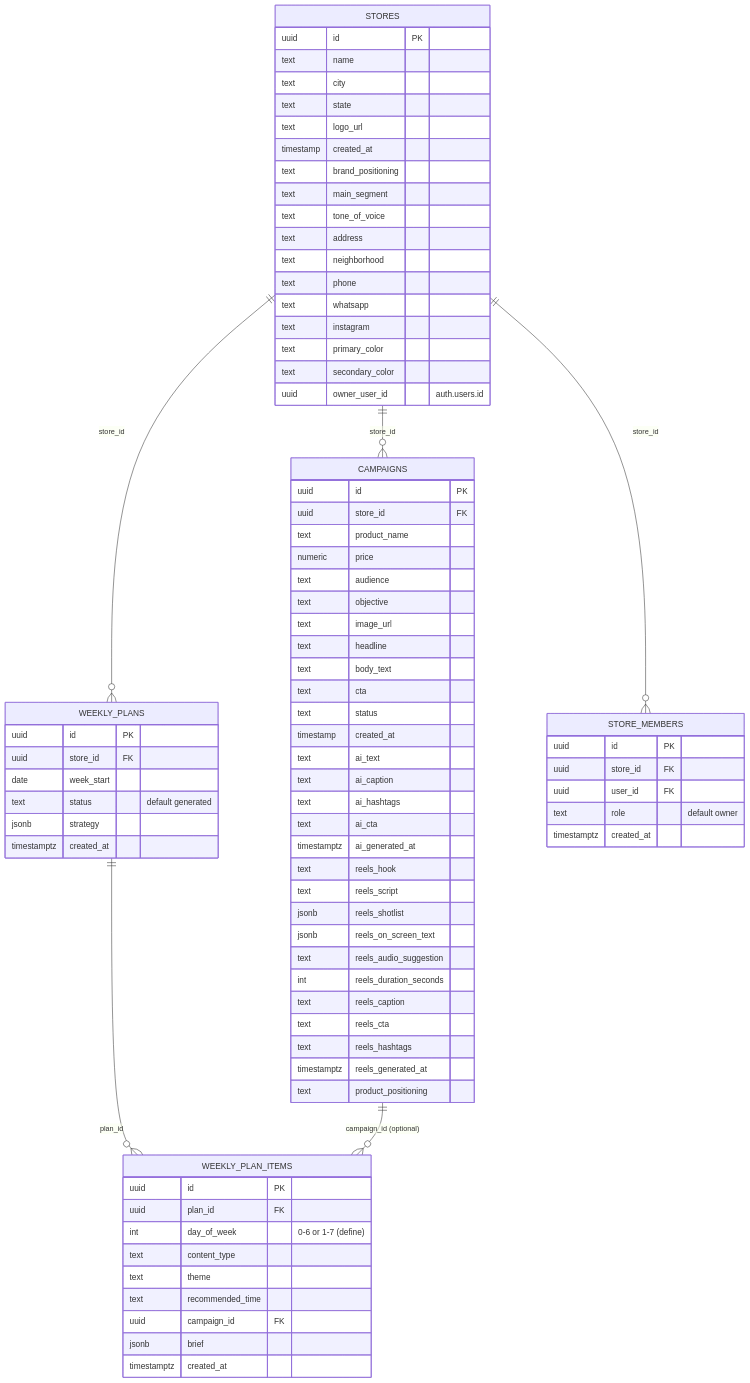
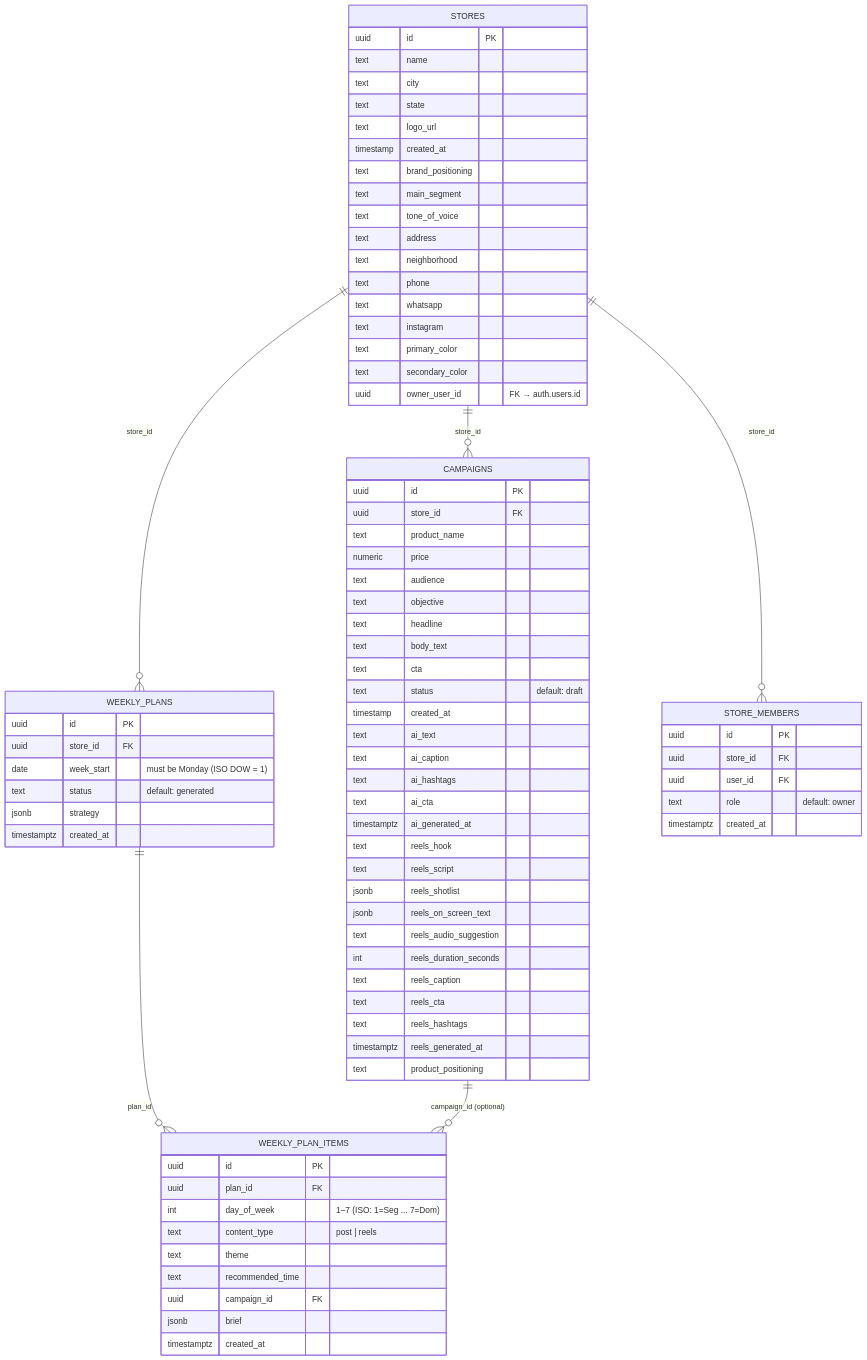
Before and after one commit to wagnercarisson/vendeo: the diagram in database/erd.mmd, drawn with Mermaid. The commit also changed 2 other files, not shown here.

Commit message:
Vendeo | Infra & Segurança | Atualização ERD (Enums e Constraints) | Estável

```diff
--- a/database/erd.mmd
+++ b/database/erd.mmd
@@ -1,86 +1,86 @@
 erDiagram
-  STORES {
-    uuid id PK
-    text name
-    text city
-    text state
-    text logo_url
-    timestamp created_at
-    text brand_positioning
-    text main_segment
-    text tone_of_voice
-    text address
-    text neighborhood
-    text phone
-    text whatsapp
-    text instagram
-    text primary_color
-    text secondary_color
-    uuid owner_user_id  "auth.users.id"
-  }
 
-  CAMPAIGNS {
-    uuid id PK
-    uuid store_id FK
-    text product_name
-    numeric price
-    text audience
-    text objective
-    text image_url
-    text headline
-    text body_text
-    text cta
-    text status
-    timestamp created_at
-    text ai_text
-    text ai_caption
-    text ai_hashtags
-    text ai_cta
-    timestamptz ai_generated_at
-    text reels_hook
-    text reels_script
-    jsonb reels_shotlist
-    jsonb reels_on_screen_text
-    text reels_audio_suggestion
-    int reels_duration_seconds
-    text reels_caption
-    text reels_cta
-    text reels_hashtags
-    timestamptz reels_generated_at
-    text product_positioning
-  }
+    STORES {
+        uuid id PK
+        text name
+        text city
+        text state
+        text logo_url
+        timestamp created_at
+        text brand_positioning
+        text main_segment
+        text tone_of_voice
+        text address
+        text neighborhood
+        text phone
+        text whatsapp
+        text instagram
+        text primary_color
+        text secondary_color
+        uuid owner_user_id  "FK → auth.users.id"
+    }
 
-  WEEKLY_PLANS {
-    uuid id PK
-    uuid store_id FK
-    date week_start
-    text status  "default generated"
-    jsonb strategy
-    timestamptz created_at
-  }
+    CAMPAIGNS {
+        uuid id PK
+        uuid store_id FK
+        text product_name
+        numeric price
+        text audience
+        text objective
+        text headline
+        text body_text
+        text cta
+        text status  "default: draft"
+        timestamp created_at
+        text ai_text
+        text ai_caption
+        text ai_hashtags
+        text ai_cta
+        timestamptz ai_generated_at
+        text reels_hook
+        text reels_script
+        jsonb reels_shotlist
+        jsonb reels_on_screen_text
+        text reels_audio_suggestion
+        int reels_duration_seconds
+        text reels_caption
+        text reels_cta
+        text reels_hashtags
+        timestamptz reels_generated_at
+        text product_positioning
+    }
 
-  WEEKLY_PLAN_ITEMS {
-    uuid id PK
-    uuid plan_id FK
-    int day_of_week  "0-6 or 1-7 (define)"
-    text content_type
-    text theme
-    text recommended_time
-    uuid campaign_id FK
-    jsonb brief
-    timestamptz created_at
-  }
+    WEEKLY_PLANS {
+        uuid id PK
+        uuid store_id FK
+        date week_start  "must be Monday (ISO DOW = 1)"
+        text status  "default: generated"
+        jsonb strategy
+        timestamptz created_at
+    }
 
-  STORE_MEMBERS {
-    uuid id PK
-    uuid store_id FK
-    uuid user_id FK
-    text role  "default owner"
-    timestamptz created_at
-  }
+    WEEKLY_PLAN_ITEMS {
+        uuid id PK
+        uuid plan_id FK
+        int day_of_week  "1–7 (ISO: 1=Seg ... 7=Dom)"
+        text content_type  "post | reels"
+        text theme
+        text recommended_time
+        uuid campaign_id FK
+        jsonb brief
+        timestamptz created_at
+    }
 
-  STORES ||--o{ CAMPAIGNS : "store_id"
-  STORES ||--o{ WEEKLY_PLANS : "store_id"
-  WEEKLY_PLANS ||--o{ WEEKLY_PLAN_ITEMS : "plan_id"
-  CAMPAIGNS ||--o{ WEEKLY_PLAN_ITEMS : "campaign_id (optional)"
-  STORES ||--o{ STORE_MEMBERS : "store_id"
+    STORE_MEMBERS {
+        uuid id PK
+        uuid store_id FK
+        uuid user_id FK
+        text role  "default: owner"
+        timestamptz created_at
+    }
+
+    STORES ||--o{ CAMPAIGNS : "store_id"
+    STORES ||--o{ WEEKLY_PLANS : "store_id"
+    WEEKLY_PLANS ||--o{ WEEKLY_PLAN_ITEMS : "plan_id"
+    CAMPAIGNS ||--o{ WEEKLY_PLAN_ITEMS : "campaign_id (optional)"
+    STORES ||--o{ STORE_MEMBERS : "store_id"
```
